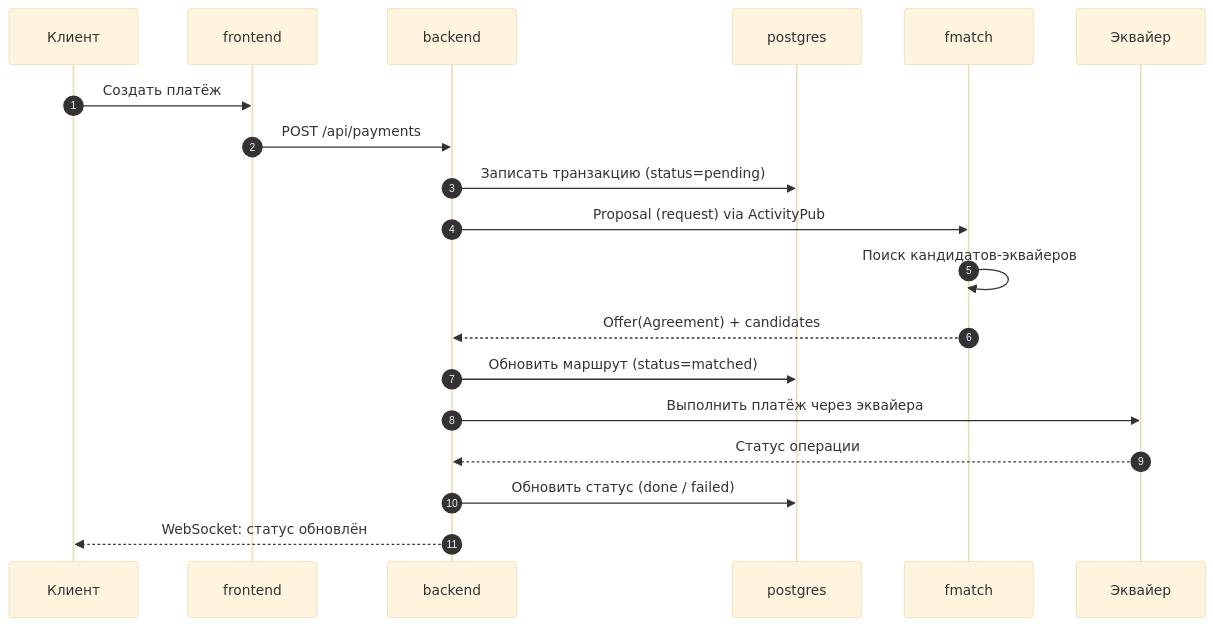
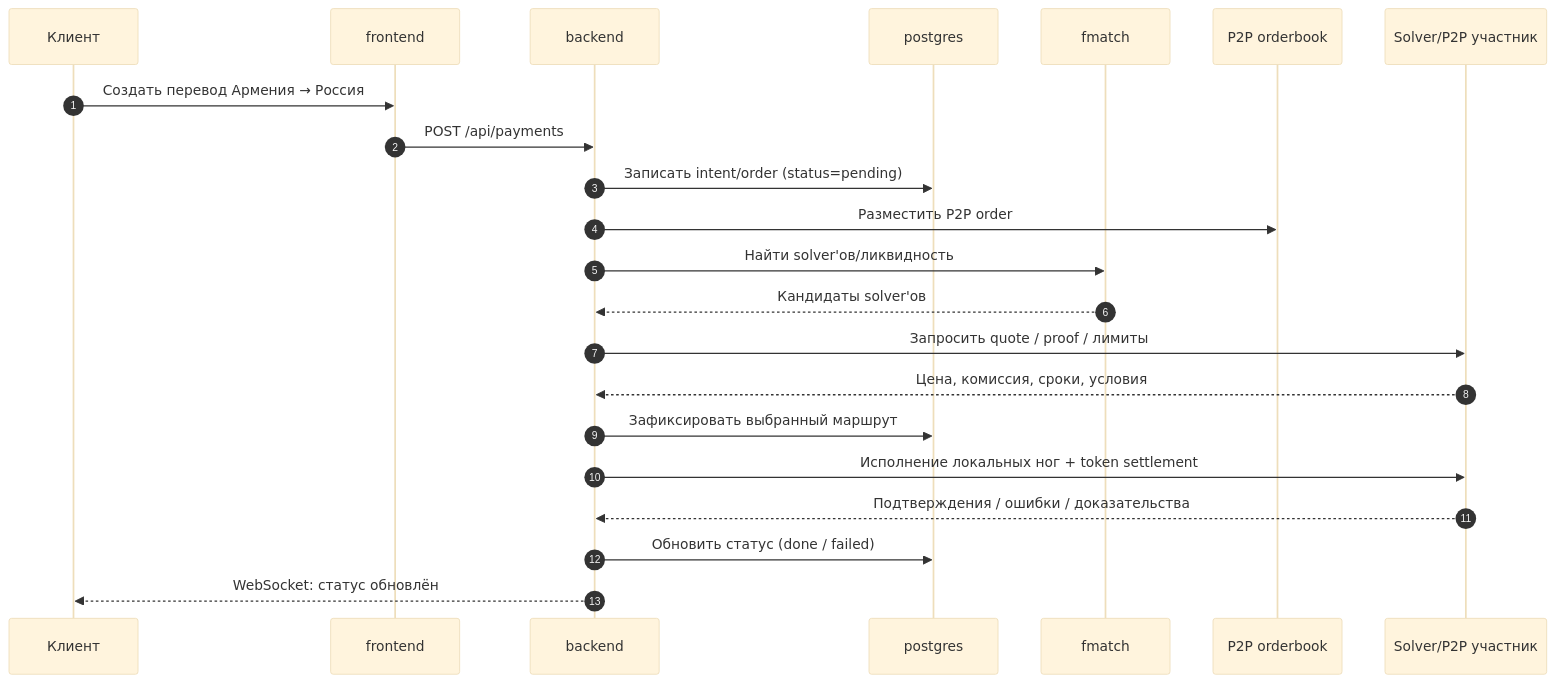
One commit to Flow3Pay/pay3flow changed the second of 2 diagrams in README.md. Above: the diagram before and after it, drawn with Mermaid (base theme). The commit also changed other lines of this file and 3 other files, not shown here.

Commit message:
docs: pivot roadmap to p2p cow architecture

````diff
--- a/README.md
+++ b/README.md
@@ -45,22 +65,25 @@
 ```mermaid
 sequenceDiagram
     autonumber
     participant К as Клиент
     participant FE as frontend
     participant BE as backend
     participant DB as postgres
     participant FM as fmatch
-    participant EQ as Эквайер
+    participant OB as P2P orderbook
+    participant S as Solver/P2P участник
 
-    К->>FE: Создать платёж
+    К->>FE: Создать перевод Армения → Россия
     FE->>BE: POST /api/payments
-    BE->>DB: Записать транзакцию (status=pending)
-    BE->>FM: Proposal (request) via ActivityPub
-    FM->>FM: Поиск кандидатов-эквайеров
-    FM-->>BE: Offer(Agreement) + candidates
-    BE->>DB: Обновить маршрут (status=matched)
-    BE->>EQ: Выполнить платёж через эквайера
-    EQ-->>BE: Статус операции
+    BE->>DB: Записать intent/order (status=pending)
+    BE->>OB: Разместить P2P order
+    BE->>FM: Найти solver'ов/ликвидность
+    FM-->>BE: Кандидаты solver'ов
+    BE->>S: Запросить quote / proof / лимиты
+    S-->>BE: Цена, комиссия, сроки, условия
+    BE->>DB: Зафиксировать выбранный маршрут
+    BE->>S: Исполнение локальных ног + token settlement
+    S-->>BE: Подтверждения / ошибки / доказательства
     BE->>DB: Обновить статус (done / failed)
     BE-->>К: WebSocket: статус обновлён
 ```
````
